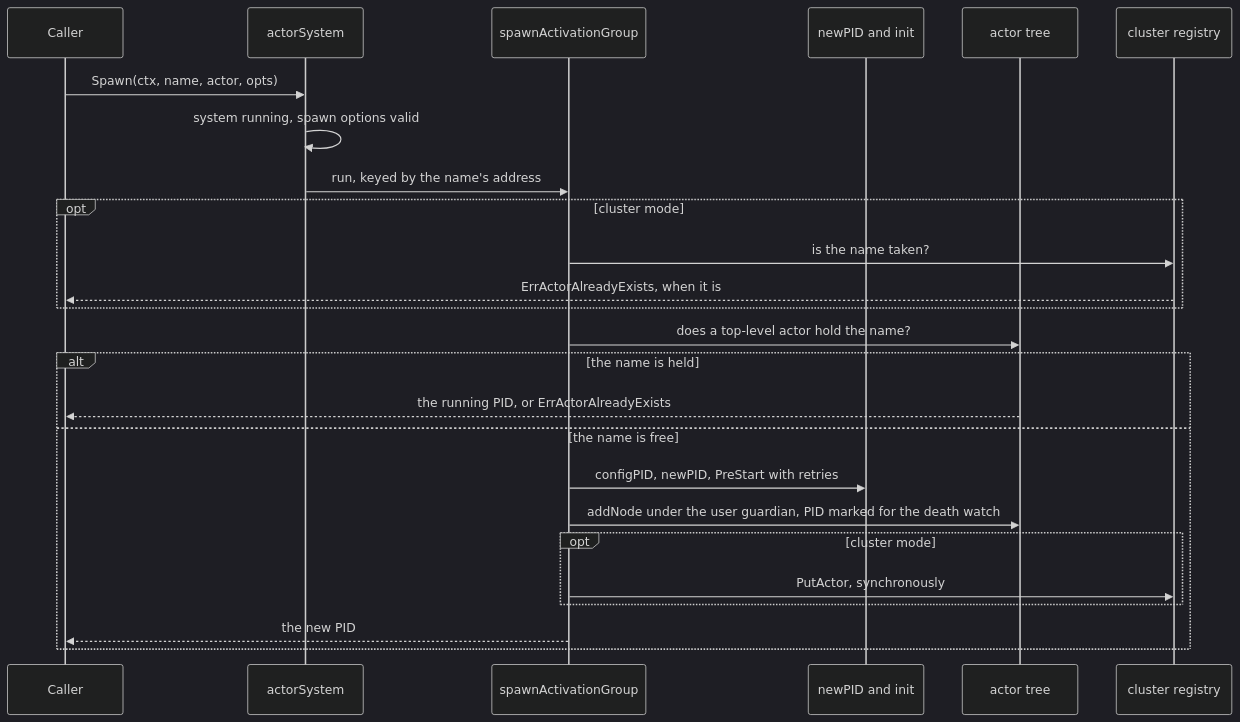
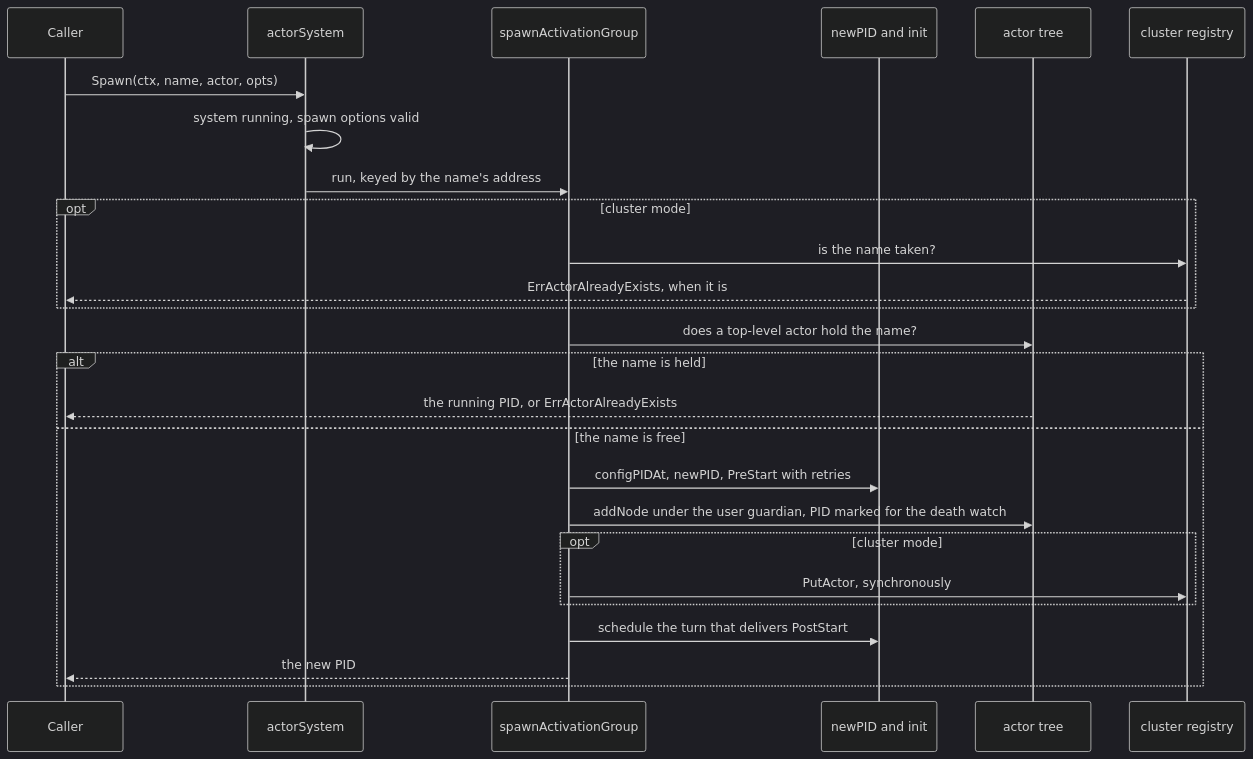
Before and after one commit to Tochemey/goakt: the first of 3 diagrams in book/chapters/chap-04.md, drawn with Mermaid (dark theme). The commit also changed other lines of this file and 27 other files, not shown here.

````diff
--- a/book/chapters/chap-04.md
+++ b/book/chapters/chap-04.md
@@ -50,27 +52,28 @@
 ```mermaid
 sequenceDiagram
     participant C as Caller
     participant S as actorSystem
     participant F as spawnActivationGroup
     participant P as newPID and init
     participant T as actor tree
     participant R as cluster registry
     C->>S: Spawn(ctx, name, actor, opts)
     S->>S: system running, spawn options valid
     S->>F: run, keyed by the name's address
     opt cluster mode
         F->>R: is the name taken?
         R-->>C: ErrActorAlreadyExists, when it is
     end
     F->>T: does a top-level actor hold the name?
     alt the name is held
         T-->>C: the running PID, or ErrActorAlreadyExists
     else the name is free
-        F->>P: configPID, newPID, PreStart with retries
+        F->>P: configPIDAt, newPID, PreStart with retries
         F->>T: addNode under the user guardian, PID marked for the death watch
         opt cluster mode
             F->>R: PutActor, synchronously
         end
+        F->>P: schedule the turn that delivers PostStart
         F-->>C: the new PID
     end
 ```
````
